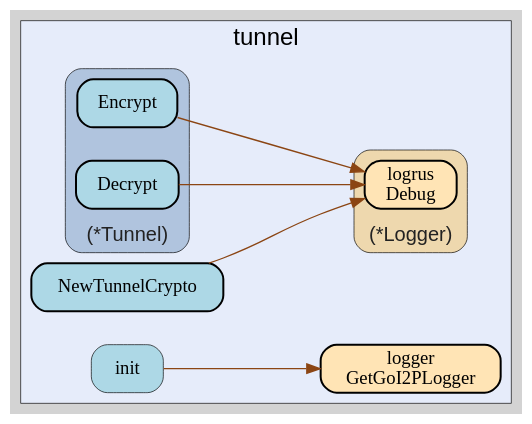
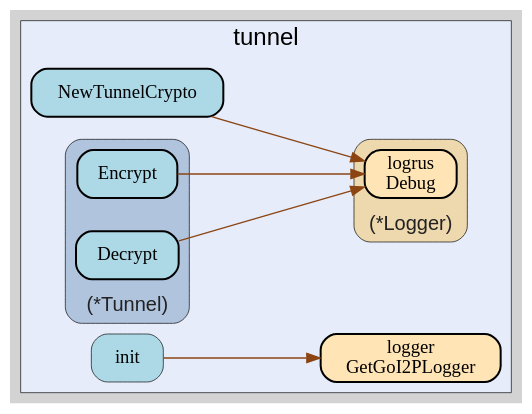
One commit to go-i2p/crypto changed the diagram in tunnel/tunnel.gv. Above: the diagram before and after it, drawn with Graphviz. The commit also changed 28 other files, not shown here.

```diff
--- a/tunnel/tunnel.gv
+++ b/tunnel/tunnel.gv
@@ -1,62 +1,62 @@
 digraph gocallvis {
     label="";
     labeljust="l";
     fontname="Arial";
     fontsize="14";
     rankdir="LR";
     bgcolor="lightgray";
     style="solid";
     penwidth="0.5";
     pad="0.0";
     nodesep="0.35";
 
     node [shape="box" style="filled,rounded" fillcolor="honeydew" fontname="Verdana" penwidth="1.0" margin="0.16,0.0"];
     edge [minlen="2"]
 
     subgraph "cluster_focus" {
-        labelloc="t";
+        bgcolor="#e6ecfa";
+label="tunnel";
+labelloc="t";
 labeljust="c";
 fontsize="18";
-bgcolor="#e6ecfa";
-label="tunnel";
         
+        "github.com/go-i2p/crypto/tunnel.init" [ tooltip="github.com/go-i2p/crypto/tunnel.init | defined in .:0\nat constants.go:10: calling [github.com/go-i2p/logger.GetGoI2PLogger]" fillcolor="lightblue" label="init" penwidth="0.5" ]
+        "github.com/go-i2p/logger.GetGoI2PLogger" [ penwidth="1.5" tooltip="github.com/go-i2p/logger.GetGoI2PLogger | defined in log.go:120" fillcolor="moccasin" label="logger\nGetGoI2PLogger" ]
         "github.com/go-i2p/crypto/tunnel.NewTunnelCrypto" [ fillcolor="lightblue" label="NewTunnelCrypto" penwidth="1.5" tooltip="github.com/go-i2p/crypto/tunnel.NewTunnelCrypto | defined in tunnel_struct.go:33\nat tunnel_struct.go:34: calling [(*github.com/sirupsen/logrus.Logger).Debug]\nat tunnel_struct.go:51: calling [(*github.com/sirupsen/logrus.Logger).Debug]" ]
-        "github.com/go-i2p/crypto/tunnel.init" [ fillcolor="lightblue" label="init" penwidth="0.5" tooltip="github.com/go-i2p/crypto/tunnel.init | defined in .:0\nat constants.go:10: calling [github.com/go-i2p/logger.GetGoI2PLogger]" ]
-        "github.com/go-i2p/logger.GetGoI2PLogger" [ label="logger\nGetGoI2PLogger" penwidth="1.5" tooltip="github.com/go-i2p/logger.GetGoI2PLogger | defined in log.go:120" fillcolor="moccasin" ]
         
         subgraph "cluster_*github.com/go-i2p/crypto/tunnel.Tunnel" {
-        fontcolor="#222222";
-fillcolor="lightsteelblue";
+        penwidth="0.5";
+fontsize="15";
 labelloc="b";
 style="rounded,filled";
 label="(*Tunnel)";
 tooltip="type: *github.com/go-i2p/crypto/tunnel.Tunnel";
-penwidth="0.5";
-fontsize="15";
+fontcolor="#222222";
+fillcolor="lightsteelblue";
         
-        "(*github.com/go-i2p/crypto/tunnel.Tunnel).Decrypt" [ fillcolor="lightblue" label="Decrypt" penwidth="1.5" tooltip="(*github.com/go-i2p/crypto/tunnel.Tunnel).Decrypt | defined in tunnel_struct.go:86\nat tunnel_struct.go:87: calling [(*github.com/sirupsen/logrus.Logger).Debug]\nat tunnel_struct.go:99: calling [(*github.com/sirupsen/logrus.Logger).Debug]" ]
-        "(*github.com/go-i2p/crypto/tunnel.Tunnel).Encrypt" [ fillcolor="lightblue" label="Encrypt" penwidth="1.5" tooltip="(*github.com/go-i2p/crypto/tunnel.Tunnel).Encrypt | defined in tunnel_struct.go:63\nat tunnel_struct.go:64: calling [(*github.com/sirupsen/logrus.Logger).Debug]\nat tunnel_struct.go:76: calling [(*github.com/sirupsen/logrus.Logger).Debug]" ]
+        "(*github.com/go-i2p/crypto/tunnel.Tunnel).Decrypt" [ label="Decrypt" penwidth="1.5" tooltip="(*github.com/go-i2p/crypto/tunnel.Tunnel).Decrypt | defined in tunnel_struct.go:86\nat tunnel_struct.go:87: calling [(*github.com/sirupsen/logrus.Logger).Debug]\nat tunnel_struct.go:99: calling [(*github.com/sirupsen/logrus.Logger).Debug]" fillcolor="lightblue" ]
+        "(*github.com/go-i2p/crypto/tunnel.Tunnel).Encrypt" [ penwidth="1.5" tooltip="(*github.com/go-i2p/crypto/tunnel.Tunnel).Encrypt | defined in tunnel_struct.go:63\nat tunnel_struct.go:64: calling [(*github.com/sirupsen/logrus.Logger).Debug]\nat tunnel_struct.go:76: calling [(*github.com/sirupsen/logrus.Logger).Debug]" fillcolor="lightblue" label="Encrypt" ]
         
     }
 
         subgraph "cluster_*github.com/sirupsen/logrus.Logger" {
         penwidth="0.5";
 fontsize="15";
 fontcolor="#222222";
 labelloc="b";
 style="rounded,filled";
 fillcolor="wheat2";
 label="(*Logger)";
 tooltip="type: *github.com/sirupsen/logrus.Logger";
         
         "(*github.com/sirupsen/logrus.Logger).Debug" [ fillcolor="moccasin" label="logrus\nDebug" penwidth="1.5" tooltip="(*github.com/sirupsen/logrus.Logger).Debug | defined in logger.go:221" ]
         
     }
 
     }
 
     "github.com/go-i2p/crypto/tunnel.NewTunnelCrypto" -> "(*github.com/sirupsen/logrus.Logger).Debug" [ color="saddlebrown" tooltip="at tunnel_struct.go:34: calling [(*github.com/sirupsen/logrus.Logger).Debug]\nat tunnel_struct.go:51: calling [(*github.com/sirupsen/logrus.Logger).Debug]" ]
     "github.com/go-i2p/crypto/tunnel.init" -> "github.com/go-i2p/logger.GetGoI2PLogger" [ tooltip="at constants.go:10: calling [github.com/go-i2p/logger.GetGoI2PLogger]" color="saddlebrown" ]
     "(*github.com/go-i2p/crypto/tunnel.Tunnel).Decrypt" -> "(*github.com/sirupsen/logrus.Logger).Debug" [ color="saddlebrown" tooltip="at tunnel_struct.go:87: calling [(*github.com/sirupsen/logrus.Logger).Debug]\nat tunnel_struct.go:99: calling [(*github.com/sirupsen/logrus.Logger).Debug]" ]
     "(*github.com/go-i2p/crypto/tunnel.Tunnel).Encrypt" -> "(*github.com/sirupsen/logrus.Logger).Debug" [ color="saddlebrown" tooltip="at tunnel_struct.go:64: calling [(*github.com/sirupsen/logrus.Logger).Debug]\nat tunnel_struct.go:76: calling [(*github.com/sirupsen/logrus.Logger).Debug]" ]
 }
```
